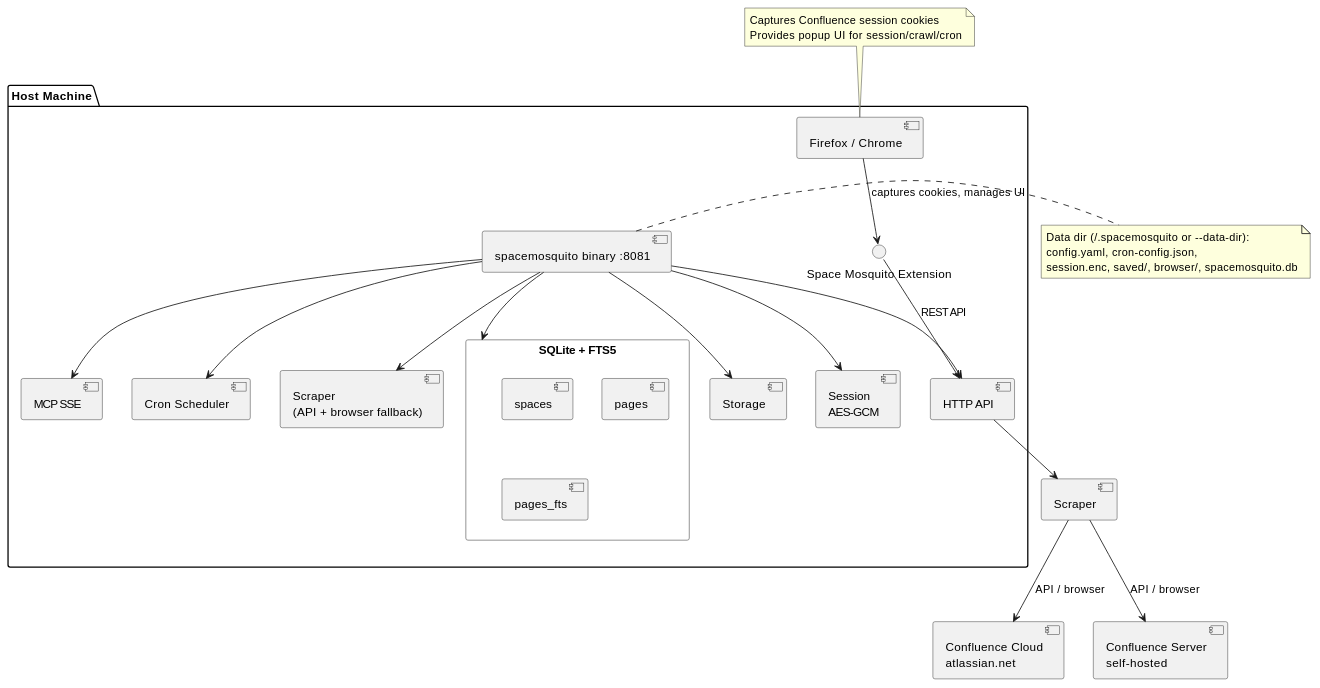
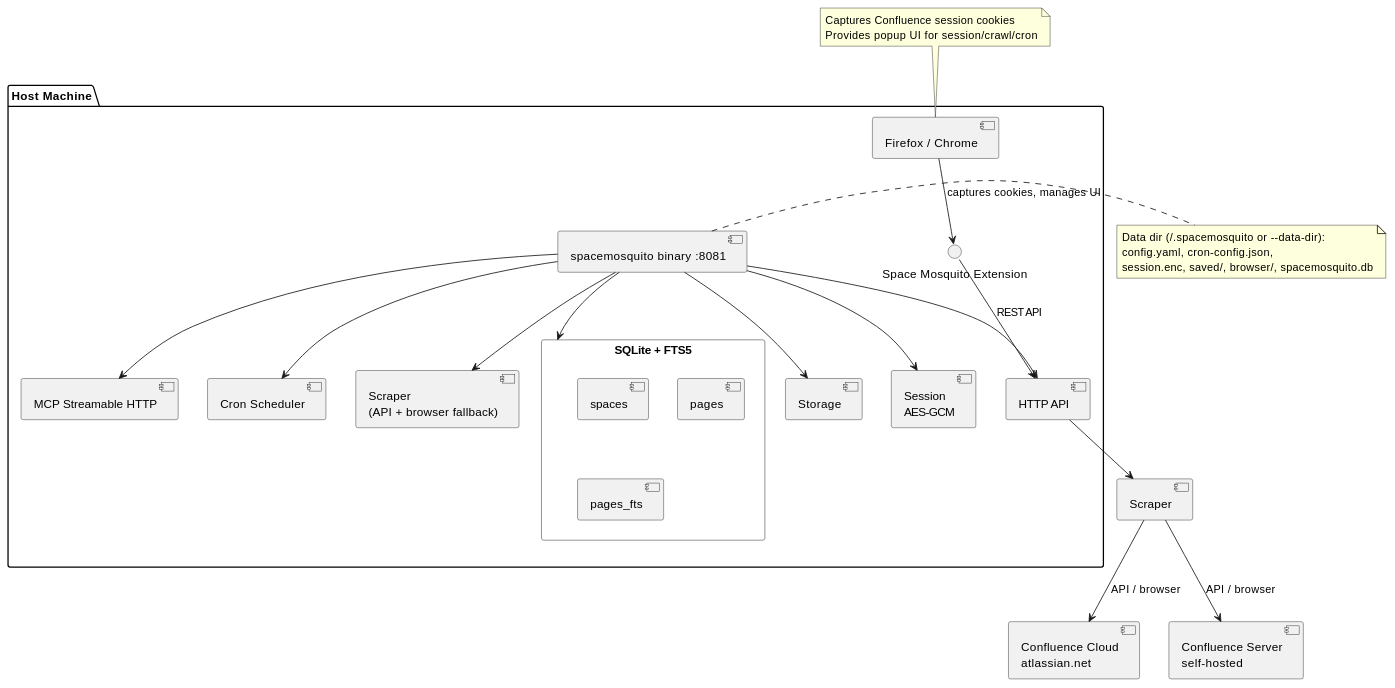
The diagram in docs/ARCHITECTURE.md (webdunesurfer/SpaceMosquito), drawn with PlantUML before and after one commit. The commit also changed other lines of this file and 18 other files, not shown here.

Commit message:
http+sse -> streamable http

````diff
--- a/docs/ARCHITECTURE.md
+++ b/docs/ARCHITECTURE.md
@@ -14,46 +14,46 @@
 ```plantuml
 @startuml
 skinparam componentStyle uml2
 skinparam rectangle {
   BackgroundColor white
   BorderColor gray
 }
 
 package "Host Machine" {
   [Firefox / Chrome] as browser
   browser --> "Space Mosquito Extension" : captures cookies, manages UI
 
   [spacemosquito binary :8081] as app
   app --> [HTTP API]
-  app --> [MCP SSE]
+  app --> [MCP Streamable HTTP]
   app --> [Cron Scheduler]
   app --> [Scraper\n(API + browser fallback)]
   app --> [Storage]
   app --> [Session\nAES-GCM]
 
   rectangle "SQLite + FTS5" as db {
     [spaces]
     [pages]
     [pages_fts]
   }
 }
 
 [Space Mosquito Extension] --> [HTTP API] : REST API
 [HTTP API] --> [Scraper]
 [Scraper] --> [Confluence Cloud\natlassian.net] : API / browser
 [Scraper] --> [Confluence Server\nself-hosted] : API / browser
 [app] --> [db]
 
 note top of browser
   Captures Confluence session cookies
   Provides popup UI for session/crawl/cron
 end note
 
 note right of app
   Data dir (~/.spacemosquito or --data-dir):
   config.yaml, cron-config.json,
   session.enc, saved/, browser/, spacemosquito.db
 end note
 
 @enduml
 ```
````
